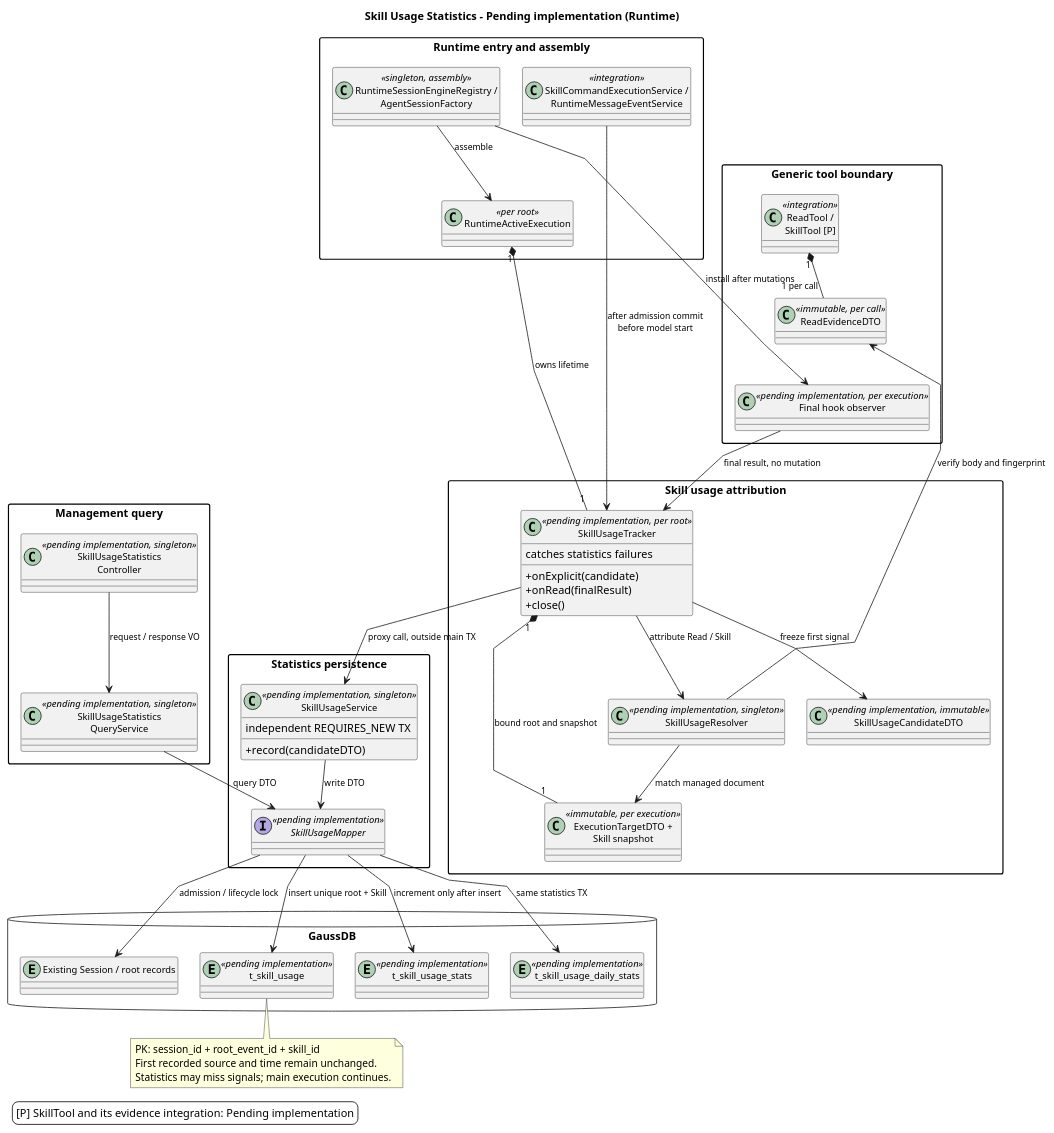
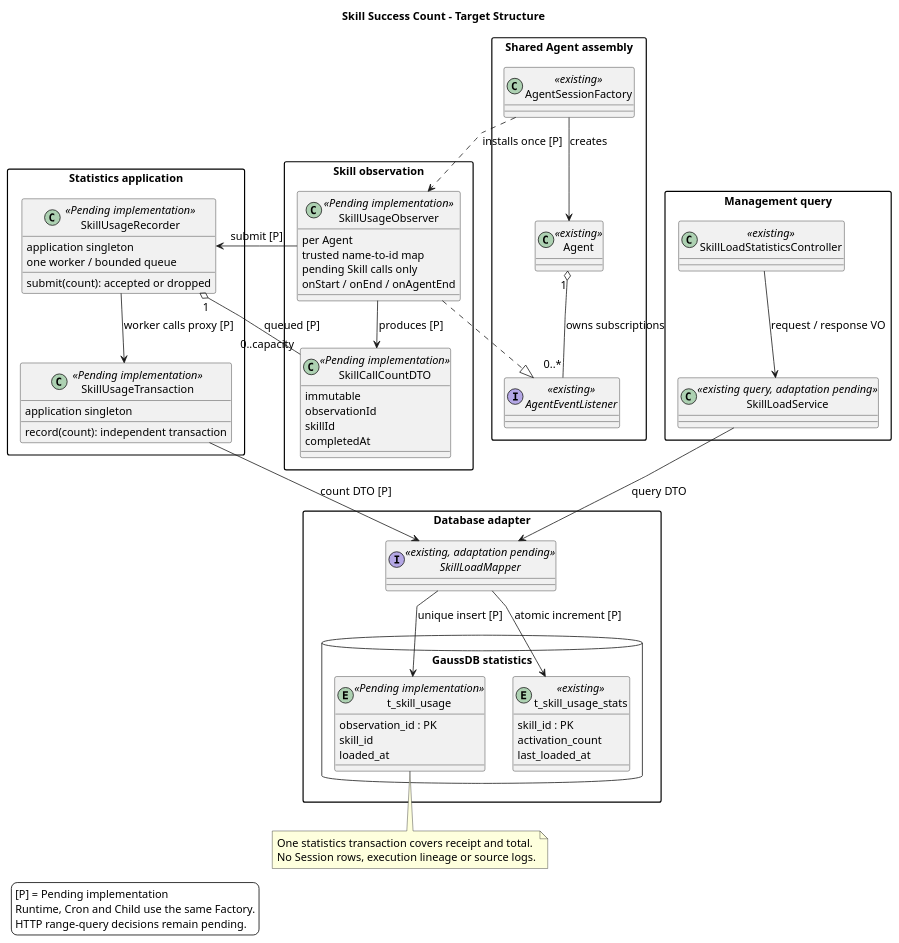
The first of 2 diagrams in 04-命令与技能/03-Skill加载统计/diagram.puml (ssm0808/pi-mono-java-design), drawn with PlantUML before and after one commit. The commit also changed other lines of this file and 14 other files, not shown here.

```diff
--- a/04-命令与技能/03-Skill加载统计/diagram.puml
+++ b/04-命令与技能/03-Skill加载统计/diagram.puml
@@ -1,93 +1,96 @@
 @startuml skill_load_statistics_classes
 allowmixing
-' Source evidence: Codex d58d0e5841e0de08e251673db2d5af8cf3a1ad51 codex-rs/core/src/skills.rs emit_explicit_skill_invocations
-' Source evidence: pi 5cd93f688aaab89dbb6dfa4aca535f21796ae185 packages/agent/src/types.ts AgentEvent
-' Source evidence: Java f61906b9136246ca60f333704b6fc92b5420d0ec modules/coding-agent-cli/src/main/java/com/campusclaw/codingagent/runtimeapi/dto/ExecutionTargetDTO.java
-' Source evidence: modules/coding-agent-cli/src/main/java/com/campusclaw/codingagent/session/AgentSessionFactory.java configureAgent
-' Source evidence: modules/coding-agent-cli/src/main/java/com/campusclaw/codingagent/runtimeapi/event/RuntimeMessageEventService.java accept/startAccepted
-' Observed behavior: Runtime binds a real root after admission; generic hooks can alter tool results.
-' Design reason: one tracker per root unifies signals; statistics failures leave main execution unchanged.
-' Source evidence: Java fb842b1ac6cb4818f6b146f79dd184a5cd88bf12 modules/coding-agent-cli/src/main/java/com/campusclaw/codingagent/tool/builtin/DefaultBuiltInToolFactory.java create
-' Pending implementation: SkillTool reuses the existing reading evidence and final observer integration.
-' Java divergence: all statistics types and integration arrows are pending implementation; scope is Runtime.
-title Skill Usage Statistics - Pending implementation (Runtime)
-top to bottom direction
+' Source evidence: Java dad4433d38fcb4104bd8d093f844ea2afc9612ee
+' modules/coding-agent-cli/src/main/java/com/campusclaw/codingagent/session/AgentSessionFactory.java create/configureAgent
+' modules/agent-core/src/main/java/com/campusclaw/agent/Agent.java subscribe/emit
+' modules/agent-core/src/main/java/com/campusclaw/agent/tool/ToolExecutionPipeline.java execute
+' modules/coding-agent-cli/src/main/java/com/campusclaw/codingagent/runtime/PreparedAgentRuntime.java skillIdsByName
+' modules/coding-agent-cli/src/main/java/com/campusclaw/codingagent/runtimeapi/service/SkillLoadTransaction.java record
+' Observed behavior: all three entry points share factory and final tool events; current writes require execution sources.
+' Design reason: observation is local to each Agent; only immutable count data crosses the bounded worker boundary.
+' Java divergence: observer, bounded recorder and minimal receipt persistence are Pending implementation.
+title Skill Success Count - Target Structure
+skinparam backgroundColor white
 skinparam shadowing false
-skinparam backgroundColor #FFFFFF
-skinparam linetype polyline
-skinparam nodesep 28
-skinparam ranksep 35
+skinparam defaultFontName SansSerif
+skinparam defaultFontSize 14
 skinparam classAttributeIconSize 0
 skinparam packageStyle rectangle
-skinparam defaultFontName SansSerif
-skinparam ArrowFontSize 11
-skinparam classFontSize 12
-package "Runtime entry and assembly" {
-  class "SkillCommandExecutionService /\nRuntimeMessageEventService" as Command <<integration>>
-  class "RuntimeActiveExecution" as Execution <<per root>>
-  class "RuntimeSessionEngineRegistry /\nAgentSessionFactory" as Factory <<singleton, assembly>>
+skinparam linetype polyline
+skinparam nodesep 35
+skinparam ranksep 40
+top to bottom direction
+package "Shared Agent assembly" {
+  class "AgentSessionFactory" as Factory <<existing>>
+  class Agent <<existing>>
+  interface "AgentEventListener" as Listener <<existing>>
 }
-package "Generic tool boundary" {
-  class "ReadTool /\nSkillTool [P]" as Read <<integration>>
-  class "ReadEvidenceDTO" as Evidence <<immutable, per call>>
-  class "Final hook observer" as Observer <<pending implementation, per execution>>
+package "Skill observation" {
+  class "SkillUsageObserver" as Observer <<Pending implementation>> {
+    per Agent
+    trusted name-to-id map
+    pending Skill calls only
+    onStart / onEnd / onAgentEnd
+  }
+  class "SkillCallCountDTO" as Count <<Pending implementation>> {
+    immutable
+    observationId
+    skillId
+    completedAt
+  }
 }
-package "Skill usage attribution" {
-  class "ExecutionTargetDTO +\nSkill snapshot" as Snapshot <<immutable, per execution>>
-  class "SkillUsageResolver" as Resolver <<pending implementation, singleton>>
-  class "SkillUsageTracker" as Tracker <<pending implementation, per root>> {
-    +onExplicit(candidate)
-    +onRead(finalResult)
-    +close()
-    catches statistics failures
+package "Statistics application" {
+  class "SkillUsageRecorder" as Recorder <<Pending implementation>> {
+    application singleton
+    one worker / bounded queue
+    submit(count): accepted or dropped
   }
-  class "SkillUsageCandidateDTO" as Candidate <<pending implementation, immutable>>
+  class "SkillUsageTransaction" as Transaction <<Pending implementation>> {
+    application singleton
+    record(count): independent transaction
+  }
 }
 package "Management query" {
-  class "SkillUsageStatistics\nController" as Controller <<pending implementation, singleton>>
-  class "SkillUsageStatistics\nQueryService" as Query <<pending implementation, singleton>>
+  class "SkillLoadStatisticsController" as Controller <<existing>>
+  class "SkillLoadService" as Query <<existing query, adaptation pending>>
 }
-package "Statistics persistence" {
-  class "SkillUsageService" as Writer <<pending implementation, singleton>> {
-    +record(candidateDTO)
-    independent REQUIRES_NEW TX
+package "Database adapter" {
+  interface "SkillLoadMapper" as Mapper <<existing, adaptation pending>>
+  database "GaussDB statistics" {
+    entity "t_skill_usage" as Receipt <<Pending implementation>> {
+      observation_id : PK
+      skill_id
+      loaded_at
+    }
+    entity "t_skill_usage_stats" as Total <<existing>> {
+      skill_id : PK
+      activation_count
+      last_loaded_at
+    }
   }
-  interface "SkillUsageMapper" as Mapper <<pending implementation>>
 }
-database "GaussDB" {
-    entity "Existing Session / root records" as Session
-    entity "t_skill_usage" as Fact <<pending implementation>>
-    entity "t_skill_usage_stats" as Total <<pending implementation>>
-    entity "t_skill_usage_daily_stats" as Daily <<pending implementation>>
-}
-Factory --> Execution : assemble
-Writer -[hidden]right-> Controller
-Factory -[norank]-> Observer : install after mutations
-Execution "1" *-- "1" Tracker : owns lifetime
-Tracker "1" *-- "1" Snapshot : bound root and snapshot
-Command --> Tracker : after admission commit\nbefore model start
-Read "1" *-- "1 per call" Evidence
-Evidence -[hidden]down-> Observer
-Execution -[hidden]right-> Read
-Observer --> Tracker : final result, no mutation
-Tracker --> Resolver : attribute Read / Skill
-Resolver -[norank]-> Evidence : verify body and fingerprint
-Resolver --> Snapshot : match managed document
-Tracker --> Candidate : freeze first signal
-Tracker --> Writer : proxy call, outside main TX
+Factory --> Agent : creates
+Factory ..> Observer : installs once [P]
+Agent "1" o-- "0..*" Listener : owns subscriptions
+Observer ..|> Listener
+Observer --> Count : produces [P]
+Observer --> Recorder : submit [P]
+Recorder "1" o-- "0..capacity" Count : queued [P]
+Recorder --> Transaction : worker calls proxy [P]
 Controller --> Query : request / response VO
 Query --> Mapper : query DTO
-Writer --> Mapper : write DTO
-Mapper --> Session : admission / lifecycle lock
-Mapper --> Fact : insert unique root + Skill
-Mapper --> Total : increment only after insert
-Mapper --> Daily : same statistics TX
-note bottom of Fact
-  PK: session_id + root_event_id + skill_id
-  First recorded source and time remain unchanged.
-  Statistics may miss signals; main execution continues.
+Transaction --> Mapper : count DTO [P]
+Mapper --> Receipt : unique insert [P]
+Mapper --> Total : atomic increment [P]
+Agent -[hidden]right-> Controller
+Receipt -[hidden]right-> Total
+note bottom of Receipt
+  One statistics transaction covers receipt and total.
+  No Session rows, execution lineage or source logs.
 end note
 legend bottom left
-  [P] SkillTool and its evidence integration: Pending implementation
+  [P] = Pending implementation
+  Runtime, Cron and Child use the same Factory.
+  HTTP range-query decisions remain pending.
 endlegend
 @enduml
```
